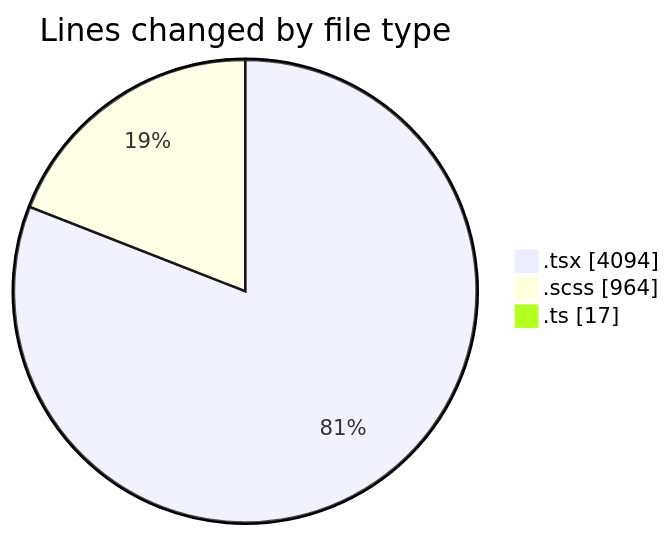
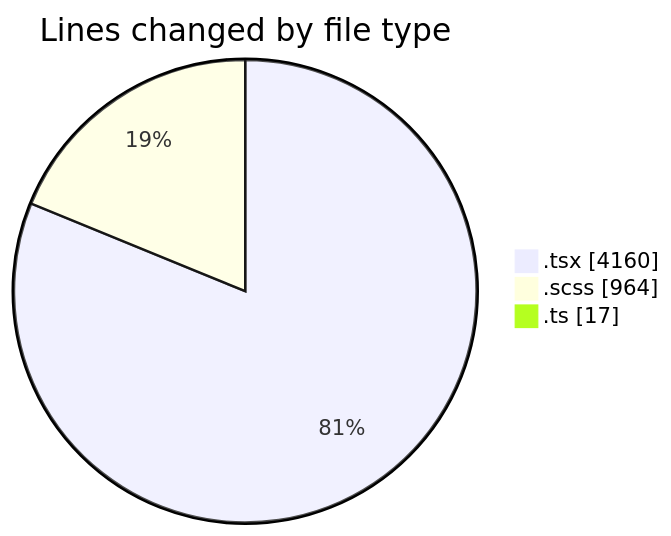
One commit to momahboobian/code-tracking changed the first of 2 diagrams in 2025-09-19/cda/README.md. Above: the diagram before and after it, drawn with Mermaid. The commit also changed other lines of this file and 1 other file, not shown here.

````diff
--- a/2025-09-19/cda/README.md
+++ b/2025-09-19/cda/README.md
@@ -26,7 +26,7 @@
 ```mermaid
 pie showData
 title Lines changed by file type
-".tsx" : 4094
+".tsx" : 4160
 ".scss" : 964
 ".ts" : 17
 ```
````
